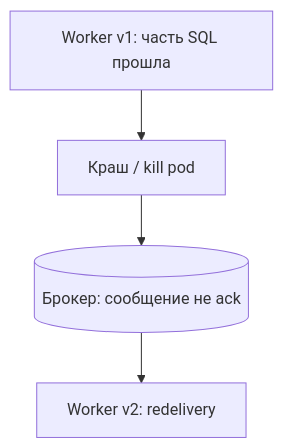
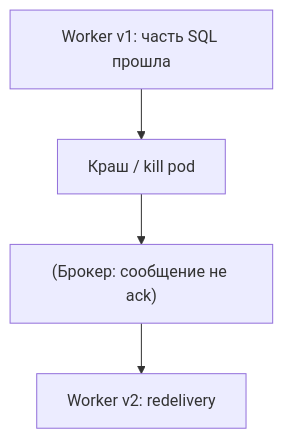
The third of 4 diagrams in directions/services/celery/pact/18_integraciya_s_django/15_18_18_6_migratsii_django_i_celery.md (DDoSKudya/ai-study-atlas), drawn with Mermaid before and after one commit. The commit also changed other lines of this file and 322 other files, not shown here.

Commit message:
fix(docs): make mermaid diagrams GitHub-compatible across directions content

````diff
--- a/directions/services/celery/pact/18_integraciya_s_django/15_18_18_6_migratsii_django_i_celery.md
+++ b/directions/services/celery/pact/18_integraciya_s_django/15_18_18_6_migratsii_django_i_celery.md
@@ -72,10 +72,10 @@
 ```mermaid
 flowchart TB
-  W1[Worker v1: часть SQL прошла]
-  X[Краш / kill pod]
-  BR[(Брокер: сообщение не ack)]
-  W2[Worker v2: redelivery]
+  W1["Worker v1: часть SQL прошла"]
+  X["Краш / kill pod"]
+  BR["(Брокер: сообщение не ack)"]
+  W2["Worker v2: redelivery"]
   W1 --> X
   X --> BR
   BR --> W2
 ```
````
